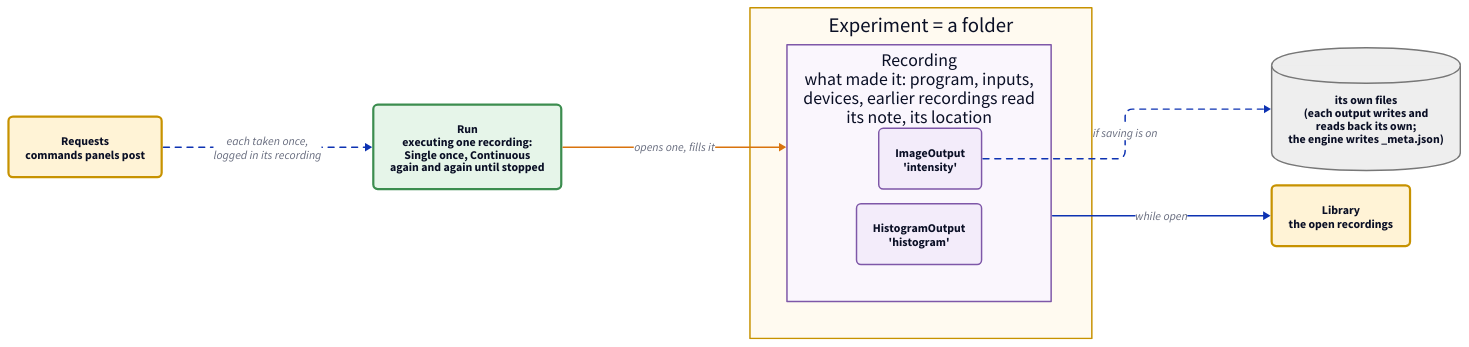
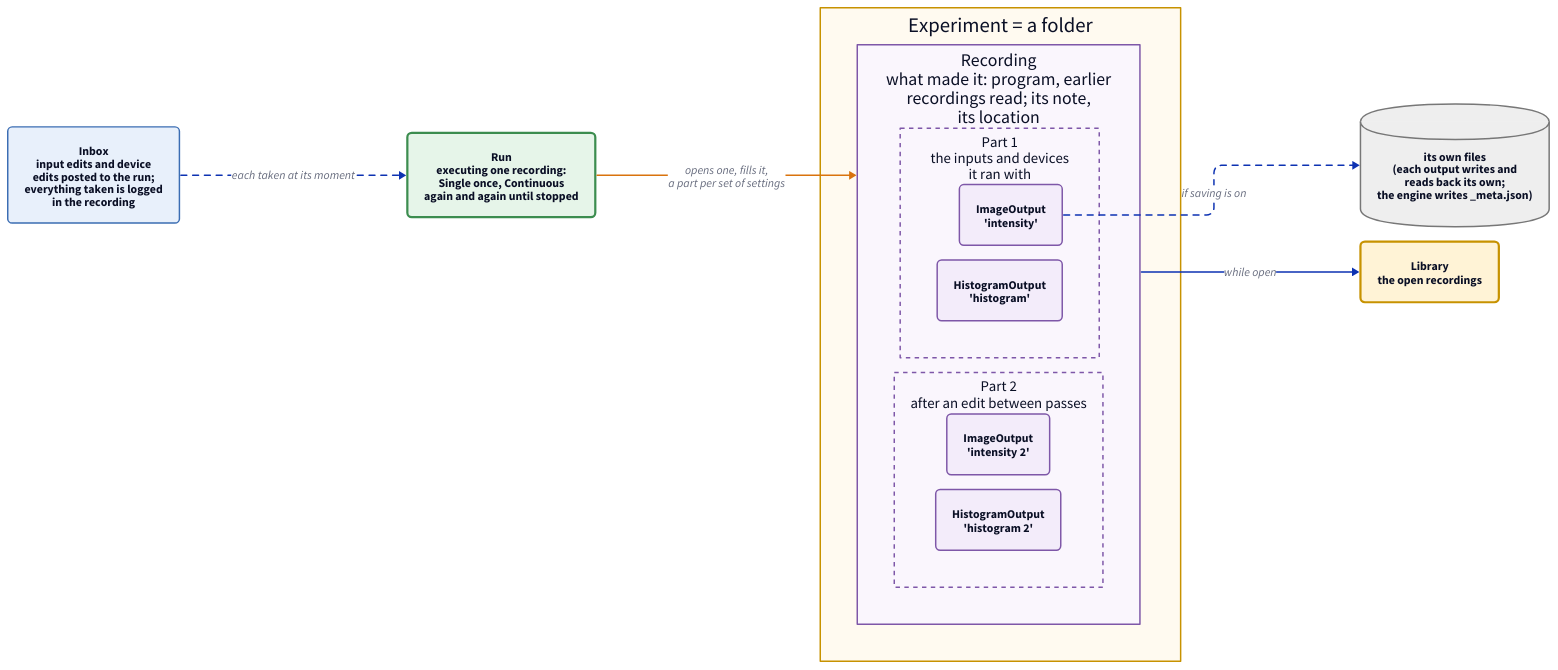
One commit to FishyIshyFishy/pyrpoc changed the diagram in docs/diagrams/nouns.d2. Above: the diagram before and after it, drawn with D2. The commit also changed 174 other files, not shown here.

```diff
--- a/docs/diagrams/nouns.d2
+++ b/docs/diagrams/nouns.d2
@@ -1,34 +1,44 @@
 # Board 2 of 2: the nouns. Left: one run. Middle: what is made of what. Right: where it lives.
 vars: {d2-config: {layout-engine: elk}}
 direction: right
 
 classes: {
   data: {style: {fill: "#f3ecfa"; stroke: "#7e57a8"; border-radius: 6}}
+  part: {style: {fill: "#faf6fd"; stroke: "#7e57a8"; stroke-dash: 3}}
   run: {style: {fill: "#e6f5e9"; stroke: "#3c8d4f"; stroke-width: 3; border-radius: 6}}
   coll: {style: {fill: "#fff3d6"; stroke: "#c79200"; stroke-width: 3; border-radius: 6}}
+  inbox: {style: {fill: "#e8f0fb"; stroke: "#3b6db3"; stroke-width: 2; border-radius: 6}}
   disk: {shape: cylinder; style: {fill: "#eeeeee"; stroke: "#777777"}}
 }
 
 run: "Run\nexecuting one recording:\nSingle once, Continuous\nagain and again until stopped" {class: run}
 
 folder: "Experiment = a folder" {
   style: {fill: "#fffaf0"; stroke: "#c79200"}
 
-  recording: "Recording\nwhat made it: program, inputs,\ndevices, earlier recordings read\nits note, its location" {
+  recording: "Recording\nwhat made it: program, earlier\nrecordings read; its note,\nits location" {
     style: {fill: "#faf6fd"; stroke: "#7e57a8"}
 
-    intensity: "ImageOutput\n'intensity'" {class: data}
-    histogram: "HistogramOutput\n'histogram'" {class: data}
+    part1: "Part 1\nthe inputs and devices\nit ran with" {
+      class: part
+      intensity: "ImageOutput\n'intensity'" {class: data}
+      histogram: "HistogramOutput\n'histogram'" {class: data}
+    }
+    part2: "Part 2\nafter an edit between passes" {
+      class: part
+      intensity2: "ImageOutput\n'intensity 2'" {class: data}
+      histogram2: "HistogramOutput\n'histogram 2'" {class: data}
+    }
   }
 }
 
-run -> folder.recording: "opens one, fills it" {style.stroke: "#d9730d"}
+run -> folder.recording: "opens one, fills it,\na part per set of settings" {style.stroke: "#d9730d"}
 
 library: "Library\nthe open recordings" {class: coll}
 files: "its own files\n(each output writes and\nreads back its own;\nthe engine writes _meta.json)" {class: disk}
 
 folder.recording -> library: "while open"
-folder.recording.intensity -> files: "if saving is on" {style.stroke-dash: 4}
+folder.recording.part1.intensity -> files: "if saving is on" {style.stroke-dash: 4}
 
-requests: "Requests\ncommands panels post" {class: coll}
-requests -> run: "each taken once,\nlogged in its recording" {style.stroke-dash: 4}
+inbox: "Inbox\ninput edits and device\nedits posted to the run;\neverything taken is logged\nin the recording" {class: inbox}
+inbox -> run: "each taken at its moment" {style.stroke-dash: 4}
```
